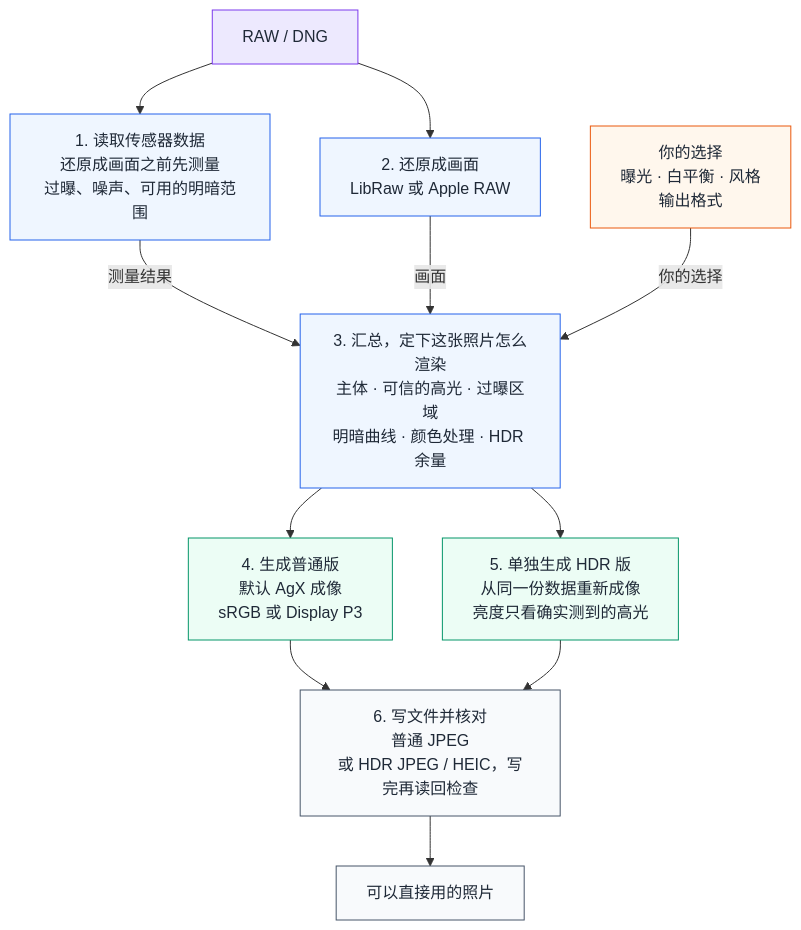
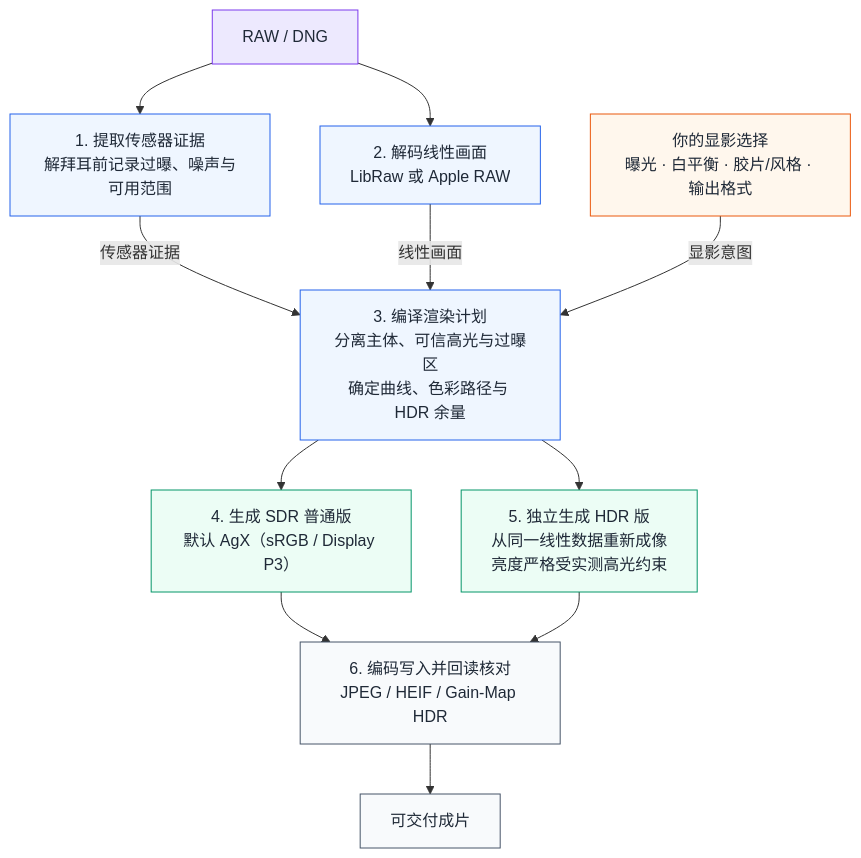
Before and after one commit to Gen-416/AgXRAW: the diagram in README.zh-CN.md, drawn with Mermaid. The commit also changed other lines of this file and 5 other files, not shown here.

````diff
--- a/README.zh-CN.md
+++ b/README.zh-CN.md
@@ -152,34 +158,34 @@
 ```mermaid
 flowchart TB
     RAW["RAW / DNG"]
-    E["1. 读取传感器数据<br/>还原成画面之前先测量<br/>过曝、噪声、可用的明暗范围"]
-    D["2. 还原成画面<br/>LibRaw 或 Apple RAW"]
-    I["你的选择<br/>曝光 · 白平衡 · 风格<br/>输出格式"]
-    P["3. 汇总，定下这张照片怎么渲染<br/>主体 · 可信的高光 · 过曝区域<br/>明暗曲线 · 颜色处理 · HDR 余量"]
-    S["4. 生成普通版<br/>默认 AgX 成像<br/>sRGB 或 Display P3"]
-    H["5. 单独生成 HDR 版<br/>从同一份数据重新成像<br/>亮度只看确实测到的高光"]
-    V["6. 写文件并核对<br/>普通 JPEG<br/>或 HDR JPEG / HEIC，写完再读回检查"]
-    OUT["可以直接用的照片"]
+    E["1. 提取传感器证据<br/>解拜耳前记录过曝、噪声与可用范围"]
+    D["2. 解码线性画面<br/>LibRaw 或 Apple RAW"]
+    I["你的显影选择<br/>曝光 · 白平衡 · 胶片/风格 · 输出格式"]
+    P["3. 编译渲染计划<br/>分离主体、可信高光与过曝区<br/>确定曲线、色彩路径与 HDR 余量"]
+    S["4. 生成 SDR 普通版<br/>默认 AgX（sRGB / Display P3）"]
+    H["5. 独立生成 HDR 版<br/>从同一线性数据重新成像<br/>亮度严格受实测高光约束"]
+    V["6. 编码写入并回读核对<br/>JPEG / HEIF / Gain-Map HDR"]
+    OUT["可交付成片"]
 
     RAW --> E
     RAW --> D
-    E -- "测量结果" --> P
-    D -- "画面" --> P
-    I -- "你的选择" --> P
+    E -- "传感器证据" --> P
+    D -- "线性画面" --> P
+    I -- "显影意图" --> P
     P --> S
     P --> H
     S --> V
     H --> V
     V --> OUT
 
     classDef source fill:#ede9fe,stroke:#7c3aed,color:#1f2937
     classDef process fill:#eff6ff,stroke:#2563eb,color:#1f2937
     classDef intent fill:#fff7ed,stroke:#ea580c,color:#1f2937
     classDef render fill:#ecfdf5,stroke:#059669,color:#1f2937
     classDef delivery fill:#f8fafc,stroke:#475569,color:#1f2937
     class RAW source
     class E,D,P process
     class I intent
     class S,H render
     class V,OUT delivery
 ```
````
